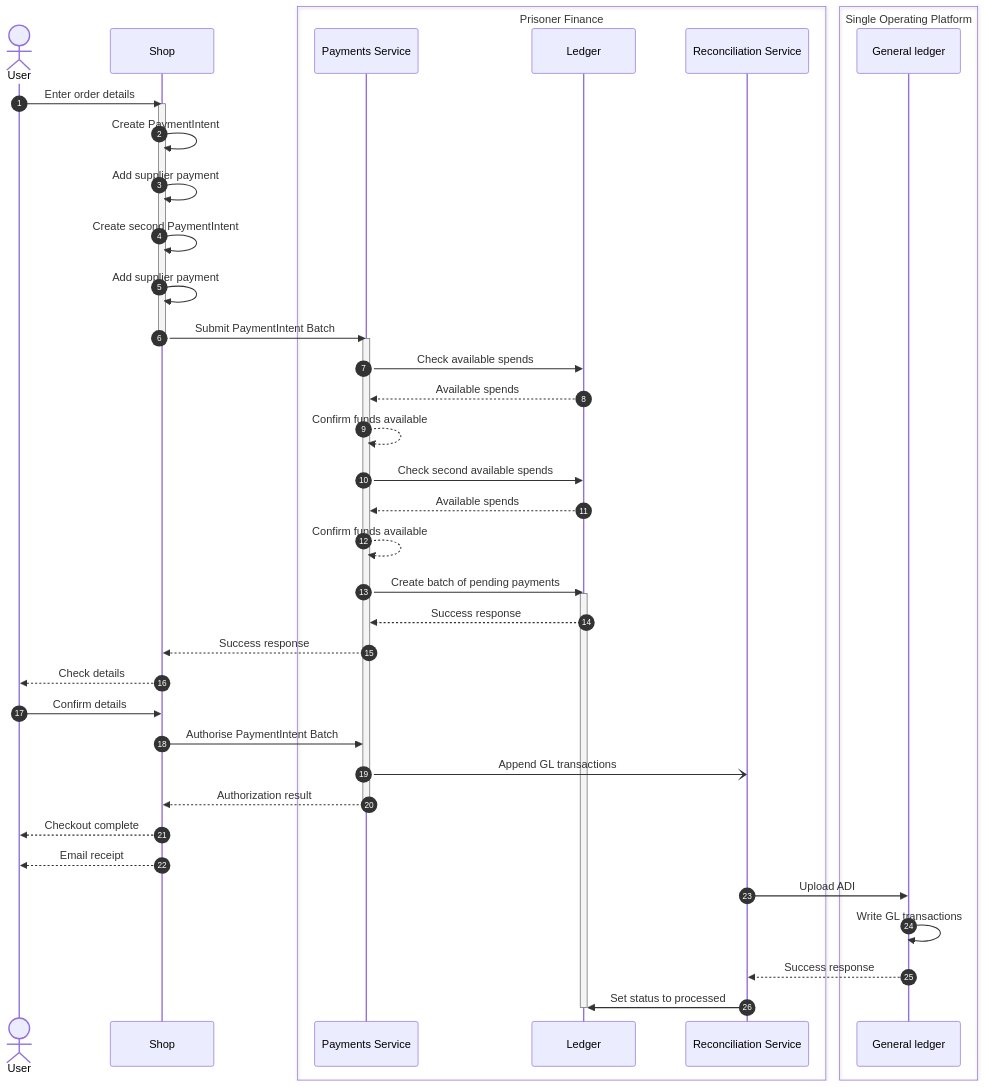
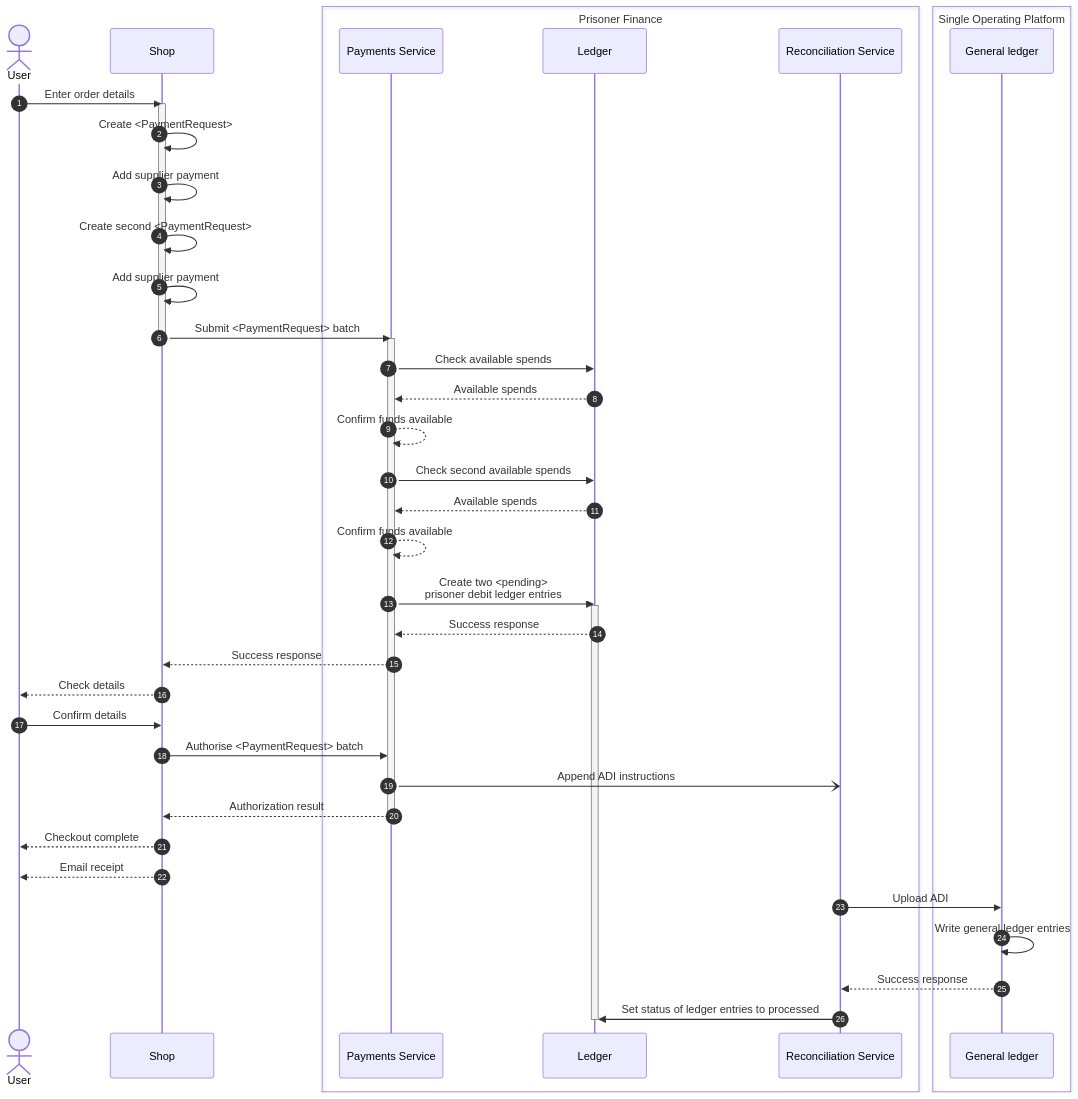
The seventh of 8 diagrams in docs/processes-purchasing.md (ministryofjustice/hmpps-prisoner-finance-poc-api), drawn with Mermaid before and after one commit. The commit also changed other lines of this file, not shown here.

````diff
--- a/docs/processes-purchasing.md
+++ b/docs/processes-purchasing.md
@@ -292,48 +292,48 @@
 ```mermaid
 sequenceDiagram
   actor USER as User
   participant SHOP as Shop
   box Prisoner Finance
   participant API as Payments Service
   participant LEDGER as Ledger
   participant ADI as Reconciliation Service
   end
   box Single Operating Platform
   participant SOP as General ledger
   end
 
   autonumber
 
   USER ->> SHOP: Enter order details
   activate SHOP
-  SHOP ->> SHOP: Create PaymentIntent
+  SHOP ->> SHOP: Create <PaymentRequest>
   SHOP ->> SHOP: Add supplier payment
-  SHOP ->> SHOP: Create second PaymentIntent
+  SHOP ->> SHOP: Create second <PaymentRequest>
   SHOP ->> SHOP: Add supplier payment
-  SHOP ->> API: Submit PaymentIntent Batch
+  SHOP ->> API: Submit <PaymentRequest> batch
   deactivate SHOP
   activate API
   API ->> LEDGER: Check available spends
   LEDGER -->> API: Available spends
   API -->> API: Confirm funds available
   API ->> LEDGER: Check second available spends
   LEDGER -->> API: Available spends
   API -->> API: Confirm funds available
-  API ->> LEDGER: Create batch of pending payments
+  API ->> LEDGER: Create two <pending><br/>prisoner debit ledger entries
   activate LEDGER
   LEDGER -->> API: Success response
   API -->> SHOP: Success response
   SHOP -->> USER: Check details
   USER ->> SHOP: Confirm details
-  SHOP ->> API: Authorise PaymentIntent Batch
-  API -) ADI: Append GL transactions
+  SHOP ->> API: Authorise <PaymentRequest> batch
+  API -) ADI: Append ADI instructions
   API -->> SHOP: Authorization result
   deactivate API
   SHOP -->> USER: Checkout complete
   SHOP -->> USER: Email receipt
   ADI ->> SOP: Upload ADI
-  SOP ->> SOP: Write GL transactions
+  SOP ->> SOP: Write general ledger entries
   SOP -->> ADI: Success response
-  ADI ->> LEDGER: Set status to processed
+  ADI ->> LEDGER: Set status of ledger entries to processed
   deactivate LEDGER
 ```
````
